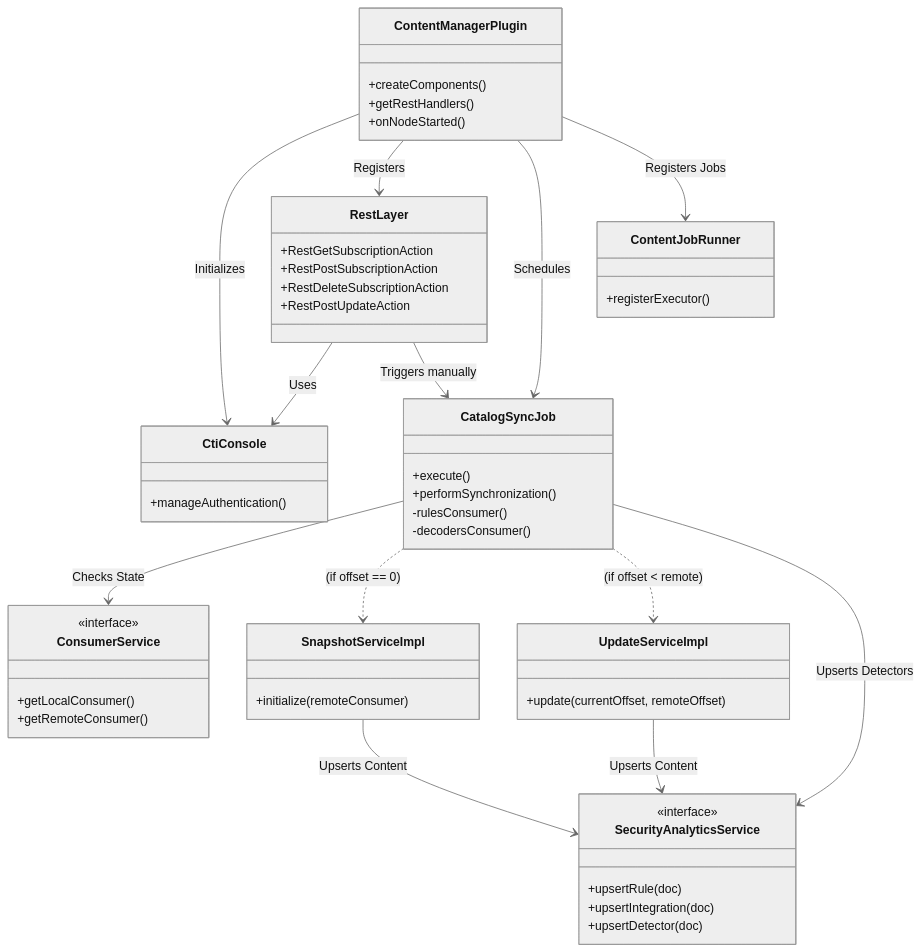
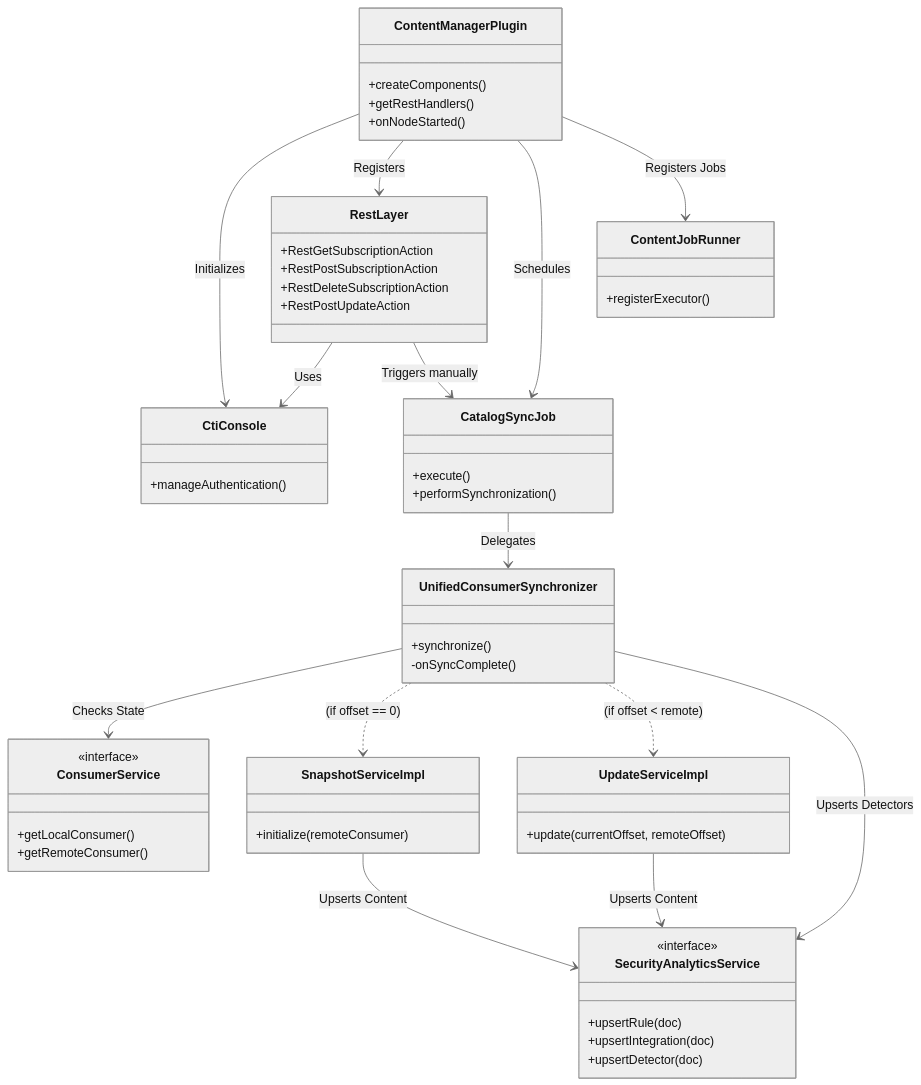
One commit to wazuh/wazuh-indexer-plugins changed the first of 2 diagrams in docs/dev/plugins/content-manager.md. Above: the diagram before and after it, drawn with Mermaid (neutral theme). The commit also changed other lines of this file and 2 other files, not shown here.

````diff
--- a/docs/dev/plugins/content-manager.md
+++ b/docs/dev/plugins/content-manager.md
@@ -29,74 +29,77 @@
 ```mermaid
 classDiagram
     class ContentManagerPlugin {
         +createComponents()
         +getRestHandlers()
         +onNodeStarted()
     }
 
     class RestLayer {
         +RestGetSubscriptionAction
         +RestPostSubscriptionAction
         +RestDeleteSubscriptionAction
         +RestPostUpdateAction
     }
 
     class CtiConsole {
         +manageAuthentication()
     }
 
     class ContentJobRunner {
         +registerExecutor()
     }
 
     class CatalogSyncJob {
         +execute()
         +performSynchronization()
-        -rulesConsumer()
-        -decodersConsumer()
+    }
+
+    class UnifiedConsumerSynchronizer {
+        +synchronize()
+        -onSyncComplete()
     }
 
     class ConsumerService {
         <<interface>>
         +getLocalConsumer()
         +getRemoteConsumer()
     }
 
     class SnapshotServiceImpl {
         +initialize(remoteConsumer)
     }
 
     class UpdateServiceImpl {
         +update(currentOffset, remoteOffset)
     }
 
     class SecurityAnalyticsService {
         <<interface>>
         +upsertRule(doc)
         +upsertIntegration(doc)
         +upsertDetector(doc)
     }
 
 
     %% Plugin Initialization
     ContentManagerPlugin --> CtiConsole : Initializes
     ContentManagerPlugin --> RestLayer : Registers
     ContentManagerPlugin --> CatalogSyncJob : Schedules
     ContentManagerPlugin --> ContentJobRunner : Registers Jobs
     
     
     %% REST Interactions
     RestLayer --> CtiConsole : Uses
     RestLayer --> CatalogSyncJob : Triggers manually
 
     %% Job Dependencies
-    CatalogSyncJob --> ConsumerService : Checks State
-    CatalogSyncJob ..> SnapshotServiceImpl : (if offset == 0)
-    CatalogSyncJob ..> UpdateServiceImpl : (if offset < remote)
+    CatalogSyncJob --> UnifiedConsumerSynchronizer : Delegates
+    UnifiedConsumerSynchronizer --> ConsumerService : Checks State
+    UnifiedConsumerSynchronizer ..> SnapshotServiceImpl : (if offset == 0)
+    UnifiedConsumerSynchronizer ..> UpdateServiceImpl : (if offset < remote)
     
     %% SAP Interactions
     SnapshotServiceImpl --> SecurityAnalyticsService : Upserts Content
     UpdateServiceImpl --> SecurityAnalyticsService : Upserts Content
-    CatalogSyncJob --> SecurityAnalyticsService : Upserts Detectors
-
+    UnifiedConsumerSynchronizer --> SecurityAnalyticsService : Upserts Detectors
 ```
````
